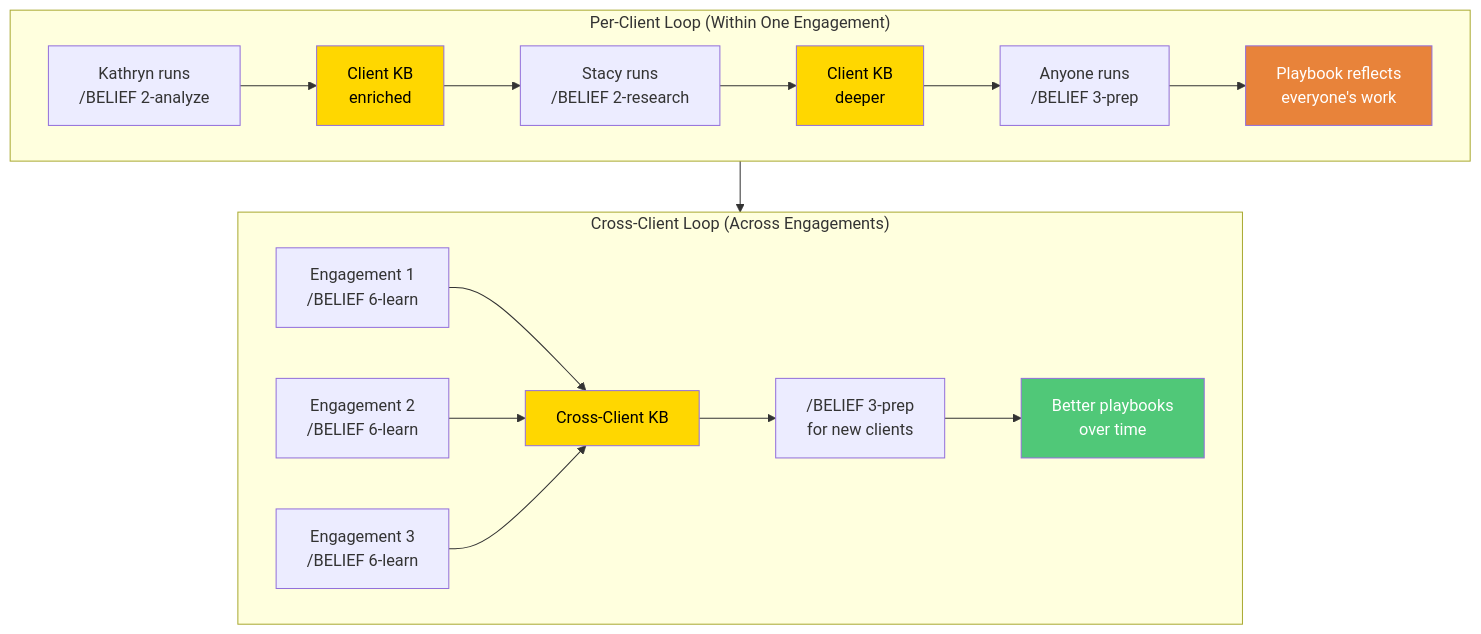
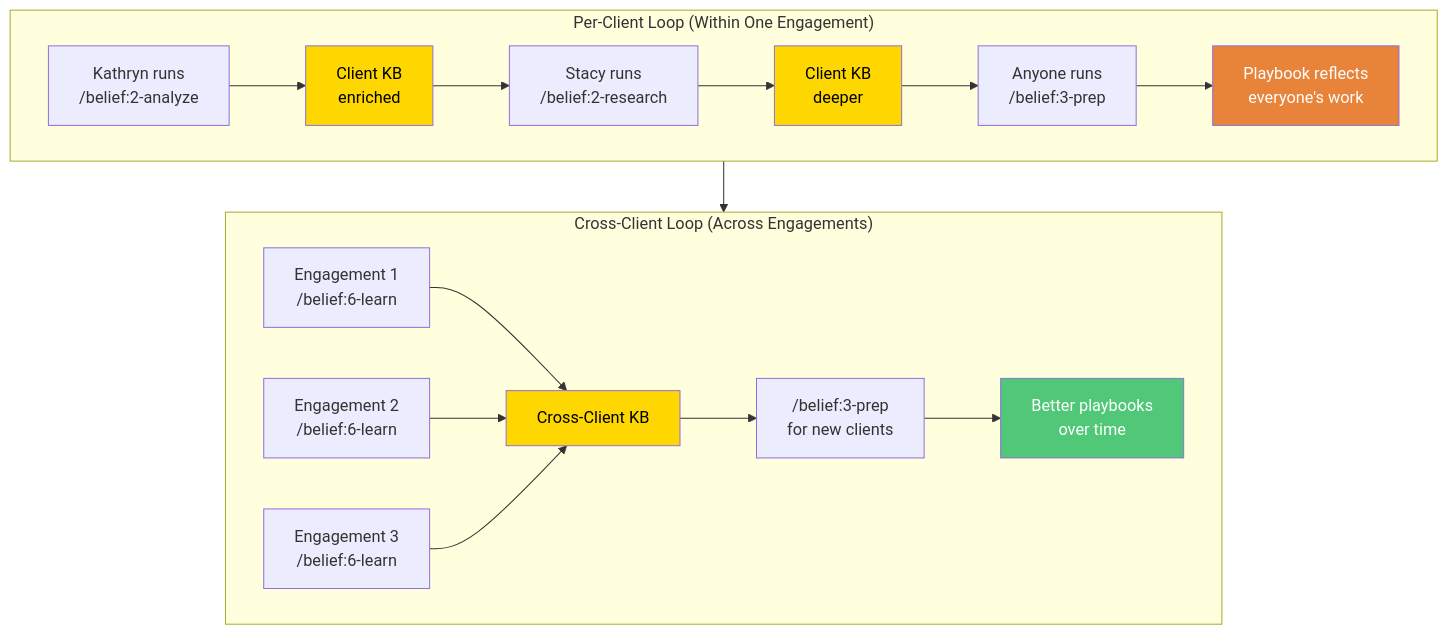
One commit to TheMikeFactoryMustGrow/belief-plugin changed the third of 4 diagrams in docs/BELIEF-FLOW.md. Above: the diagram before and after it, drawn with Mermaid. The commit also changed other lines of this file and 15 other files, not shown here.

````diff
--- a/docs/BELIEF-FLOW.md
+++ b/docs/BELIEF-FLOW.md
@@ -108,28 +108,28 @@
 ```mermaid
 flowchart TB
     subgraph LOOP1["Per-Client Loop (Within One Engagement)"]
         direction LR
-        kathryn["Kathryn runs\n/BELIEF 2-analyze"] --> kb1["Client KB\nenriched"]
-        kb1 --> stacy["Stacy runs\n/BELIEF 2-research"]
+        kathryn["Kathryn runs\n/belief:2-analyze"] --> kb1["Client KB\nenriched"]
+        kb1 --> stacy["Stacy runs\n/belief:2-research"]
         stacy --> kb2["Client KB\ndeeper"]
-        kb2 --> prep1["Anyone runs\n/BELIEF 3-prep"]
+        kb2 --> prep1["Anyone runs\n/belief:3-prep"]
         prep1 --> playbook["Playbook reflects\neveryone's work"]
     end
 
     subgraph LOOP2["Cross-Client Loop (Across Engagements)"]
         direction LR
-        eng1["Engagement 1\n/BELIEF 6-learn"] --> xkb["Cross-Client KB"]
-        eng2["Engagement 2\n/BELIEF 6-learn"] --> xkb
-        eng3["Engagement 3\n/BELIEF 6-learn"] --> xkb
-        xkb --> future["/BELIEF 3-prep\nfor new clients"]
+        eng1["Engagement 1\n/belief:6-learn"] --> xkb["Cross-Client KB"]
+        eng2["Engagement 2\n/belief:6-learn"] --> xkb
+        eng3["Engagement 3\n/belief:6-learn"] --> xkb
+        xkb --> future["/belief:3-prep\nfor new clients"]
         future --> better["Better playbooks\nover time"]
     end
 
     LOOP1 --> LOOP2
 
     style kb1 fill:#FFD700,color:#000
     style kb2 fill:#FFD700,color:#000
     style xkb fill:#FFD700,color:#000
     style playbook fill:#E8833A,color:#fff
     style better fill:#50C878,color:#fff
 ```
````
